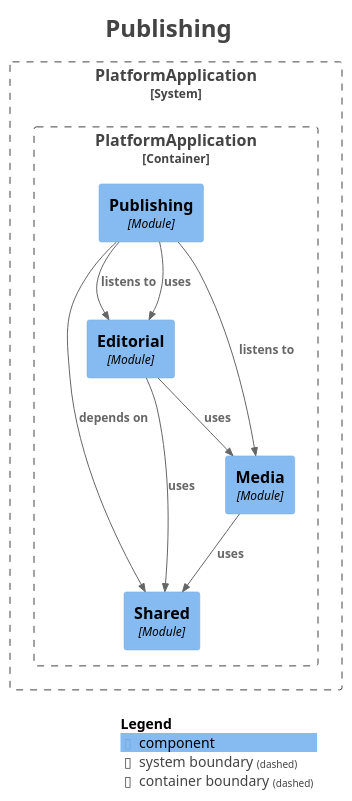
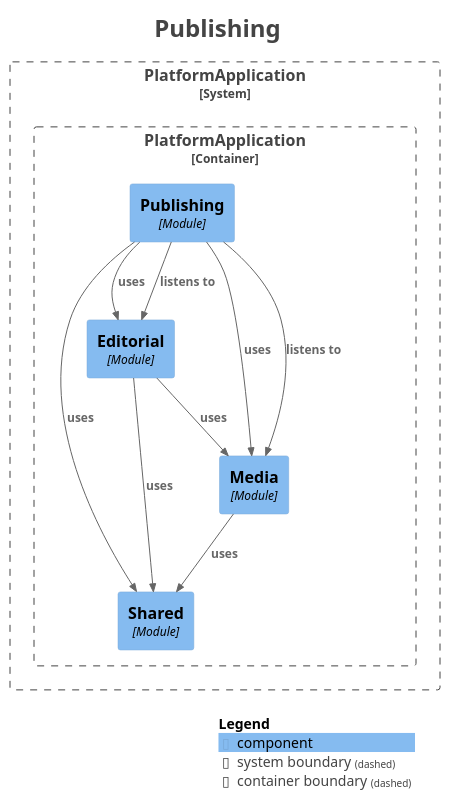
Before and after one commit to Asiman77/HistoryAsAGame: the diagram in docs/modules/module-publishing.puml, drawn with PlantUML. The commit also changed 6 other files, not shown here.

```diff
--- a/docs/modules/module-publishing.puml
+++ b/docs/modules/module-publishing.puml
@@ -1,38 +1,39 @@
 @startuml
 title <size:24>Publishing</size>
 
 set separator none
 top to bottom direction
 
 <style>
   root {
     BackgroundColor: #ffffff
     FontColor: #444444
   }
 </style>
 
 !include <C4/C4>
 !include <C4/C4_Context>
 !include <C4/C4_Component>
 
 System_Boundary("PlatformApplication_boundary", "PlatformApplication", $tags="") {
   Container_Boundary("PlatformApplication.PlatformApplication_boundary", "PlatformApplication", $tags="") {
     Component(PlatformApplication.PlatformApplication.Editorial, "Editorial", $techn="Module", $descr="", $tags="", $link="")
     Component(PlatformApplication.PlatformApplication.Publishing, "Publishing", $techn="Module", $descr="", $tags="", $link="")
     Component(PlatformApplication.PlatformApplication.Shared, "Shared", $techn="Module", $descr="", $tags="", $link="")
     Component(PlatformApplication.PlatformApplication.Media, "Media", $techn="Module", $descr="", $tags="", $link="")
   }
 
 }
 
+Rel(PlatformApplication.PlatformApplication.Publishing, PlatformApplication.PlatformApplication.Editorial, "listens to", $techn="", $tags="", $link="")
+Rel(PlatformApplication.PlatformApplication.Publishing, PlatformApplication.PlatformApplication.Media, "listens to", $techn="", $tags="", $link="")
+Rel(PlatformApplication.PlatformApplication.Publishing, PlatformApplication.PlatformApplication.Editorial, "uses", $techn="", $tags="", $link="")
+Rel(PlatformApplication.PlatformApplication.Publishing, PlatformApplication.PlatformApplication.Shared, "uses", $techn="", $tags="", $link="")
+Rel(PlatformApplication.PlatformApplication.Publishing, PlatformApplication.PlatformApplication.Media, "uses", $techn="", $tags="", $link="")
 Rel(PlatformApplication.PlatformApplication.Media, PlatformApplication.PlatformApplication.Shared, "uses", $techn="", $tags="", $link="")
 Rel(PlatformApplication.PlatformApplication.Editorial, PlatformApplication.PlatformApplication.Shared, "uses", $techn="", $tags="", $link="")
 Rel(PlatformApplication.PlatformApplication.Editorial, PlatformApplication.PlatformApplication.Media, "uses", $techn="", $tags="", $link="")
-Rel(PlatformApplication.PlatformApplication.Publishing, PlatformApplication.PlatformApplication.Editorial, "listens to", $techn="", $tags="", $link="")
-Rel(PlatformApplication.PlatformApplication.Publishing, PlatformApplication.PlatformApplication.Media, "listens to", $techn="", $tags="", $link="")
-Rel(PlatformApplication.PlatformApplication.Publishing, PlatformApplication.PlatformApplication.Shared, "depends on", $techn="", $tags="", $link="")
-Rel(PlatformApplication.PlatformApplication.Publishing, PlatformApplication.PlatformApplication.Editorial, "uses", $techn="", $tags="", $link="")
 
 SHOW_LEGEND(true)
 hide stereotypes
 @enduml
```
